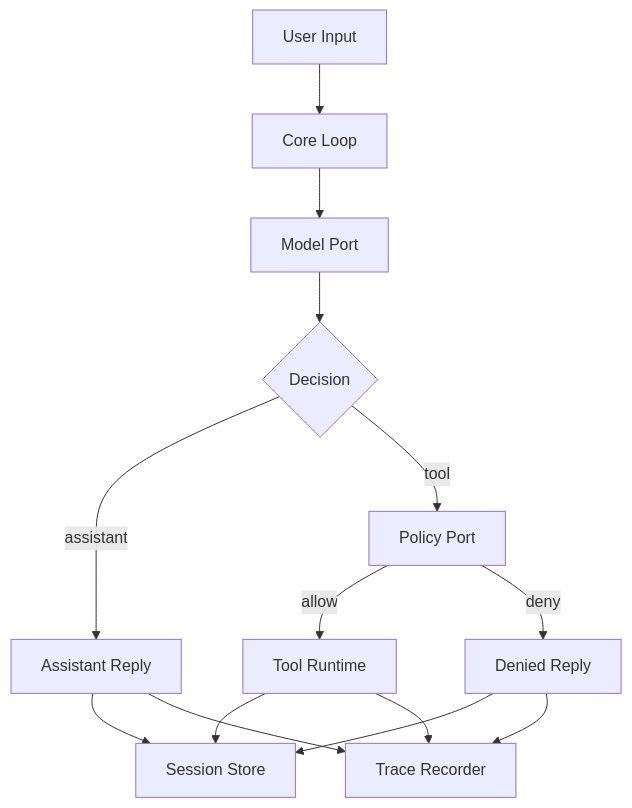
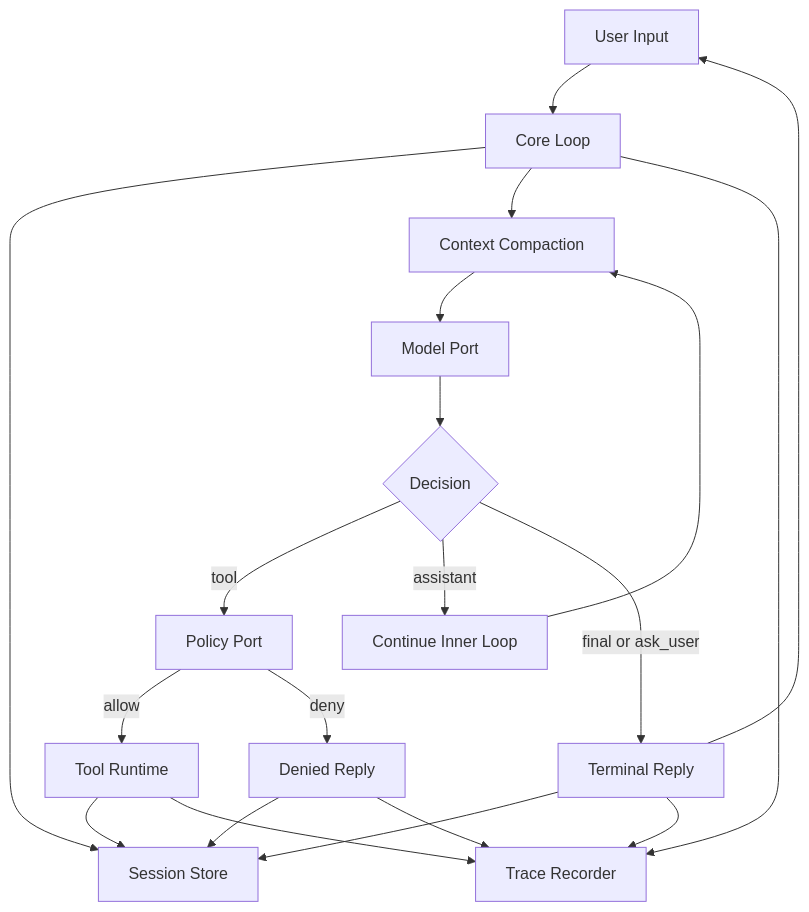
One commit to zhumengzhu/HarnessLab changed the first of 4 diagrams in docs/architecture/overview.md. Above: the diagram before and after it, drawn with Mermaid. The commit also changed other lines of this file and 4 other files, not shown here.

First line of the commit message:
docs: align entry docs and diagrams with Phase 2 runtime

````diff
--- a/docs/architecture/overview.md
+++ b/docs/architecture/overview.md
@@ -13,16 +13,22 @@
 ```mermaid
 flowchart TD
     UserInput[User Input] --> CoreLoop[Core Loop]
-    CoreLoop --> ModelPort[Model Port]
+    CoreLoop --> SessionStore[Session Store]
+    CoreLoop --> Compaction[Context Compaction]
+    Compaction --> ModelPort[Model Port]
     ModelPort --> Decision{Decision}
-    Decision -->|assistant| AssistantReply[Assistant Reply]
     Decision -->|tool| PolicyPort[Policy Port]
     PolicyPort -->|allow| ToolRuntime[Tool Runtime]
     PolicyPort -->|deny| DeniedReply[Denied Reply]
-    ToolRuntime --> SessionStore[Session Store]
-    AssistantReply --> SessionStore
+    ToolRuntime --> SessionStore
     DeniedReply --> SessionStore
-    ToolRuntime --> TraceRecorder[Trace Recorder]
-    AssistantReply --> TraceRecorder
+    Decision -->|assistant| ContinueLoop[Continue Inner Loop]
+    ContinueLoop --> Compaction
+    Decision -->|final or ask_user| TerminalReply[Terminal Reply]
+    TerminalReply --> SessionStore
+    CoreLoop --> TraceRecorder[Trace Recorder]
+    ToolRuntime --> TraceRecorder
     DeniedReply --> TraceRecorder
+    TerminalReply --> TraceRecorder
+    TerminalReply --> UserInput
 ```
````
